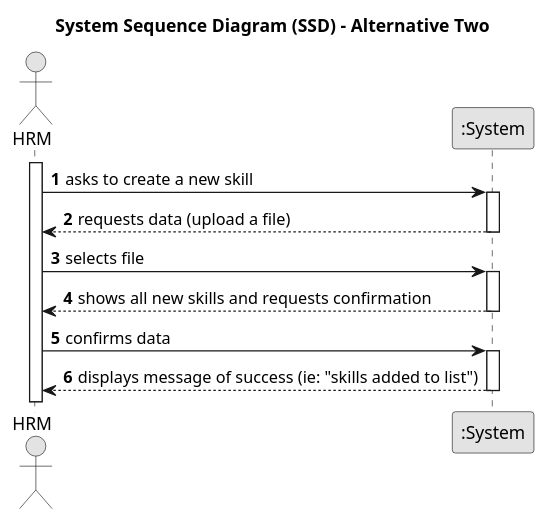
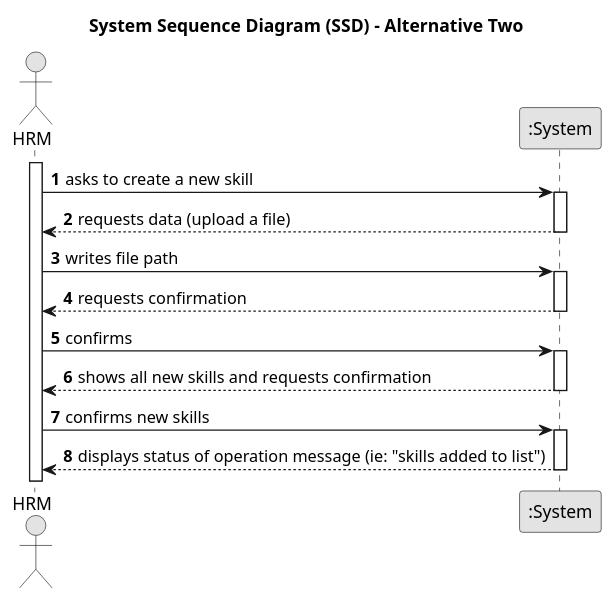
The diagram in docs/sprintB/us001/01.requirements-engineering/puml/us001-system-sequence-diagram-alternative-two.puml (Departamento-de-Engenharia-Informatica/lei-24-s2-1do-g164), drawn with PlantUML before and after one commit. The commit also changed 4 other files, not shown here.

Commit message:
US01(implementation and docs): Mudanças nos SSD de engeneering requirements da user story para estar de acordo com o sequence diagram do design

```diff
--- a/docs/sprintB/us001/01.requirements-engineering/puml/us001-system-sequence-diagram-alternative-two.puml
+++ b/docs/sprintB/us001/01.requirements-engineering/puml/us001-system-sequence-diagram-alternative-two.puml
@@ -1,33 +1,39 @@
 @startuml
 skinparam monochrome true
 skinparam packageStyle rectangle
 skinparam shadowing false
 
 title System Sequence Diagram (SSD) - Alternative Two
 
 autonumber
 
 actor "HRM" as Employee
 participant ":System" as System
 
 activate Employee
 
     Employee -> System : asks to create a new skill
     activate System
 
         System --> Employee : requests data (upload a file)
     deactivate System
 
-    Employee -> System : selects file
+    Employee -> System : writes file path
     activate System
 
-        System --> Employee : shows all new skills and requests confirmation
+    Employee <-- System : requests confirmation
     deactivate System
 
-    Employee -> System : confirms data
+    Employee -> System : confirms
     activate System
 
-        System --> Employee : displays message of success (ie: "skills added to list")
+    System --> Employee : shows all new skills and requests confirmation
+    deactivate System
+
+    Employee -> System : confirms new skills
+    activate System
+
+    System --> Employee : displays status of operation message (ie: "skills added to list")
     deactivate System
 
 @enduml
```
